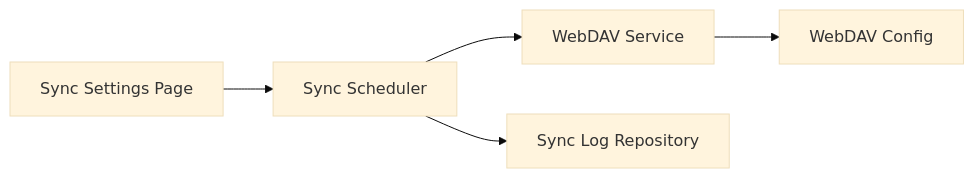
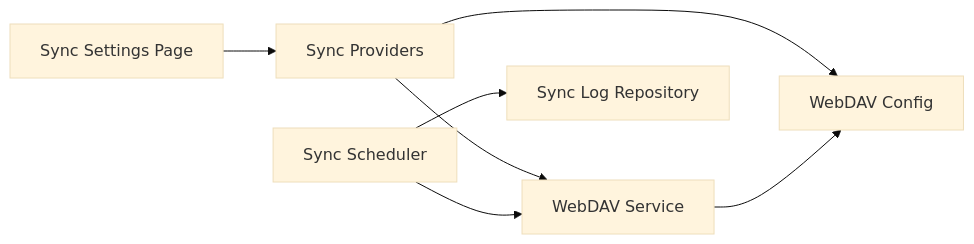
The tenth of 10 diagrams in .qoder/repowiki/en/content/Core Features/Cloud Synchronization.md (favoroo/QNote), drawn with Mermaid (base theme) before and after one commit. The commit also changed other lines of this file and 65 other files, not shown here.

First line of the commit message:
docs: 新增项目文档与配置文件，修复AI提取与热力图问题

````diff
--- a/.qoder/repowiki/en/content/Core Features/Cloud Synchronization.md
+++ b/.qoder/repowiki/en/content/Core Features/Cloud Synchronization.md
@@ -333,7 +436,9 @@
 ```mermaid
 graph LR
-SSP["Sync Settings Page"] --> SS["Sync Scheduler"]
-SS --> WDS["WebDAV Service"]
+SP["Sync Providers"] --> WDS["WebDAV Service"]
+SP --> WDC["WebDAV Config"]
+SSP["Sync Settings Page"] --> SP
+SS["Sync Scheduler"] --> WDS
 SS --> SLR["Sync Log Repository"]
-WDS --> WDC["WebDAV Config"]
+WDS --> WDC
 ```
````
